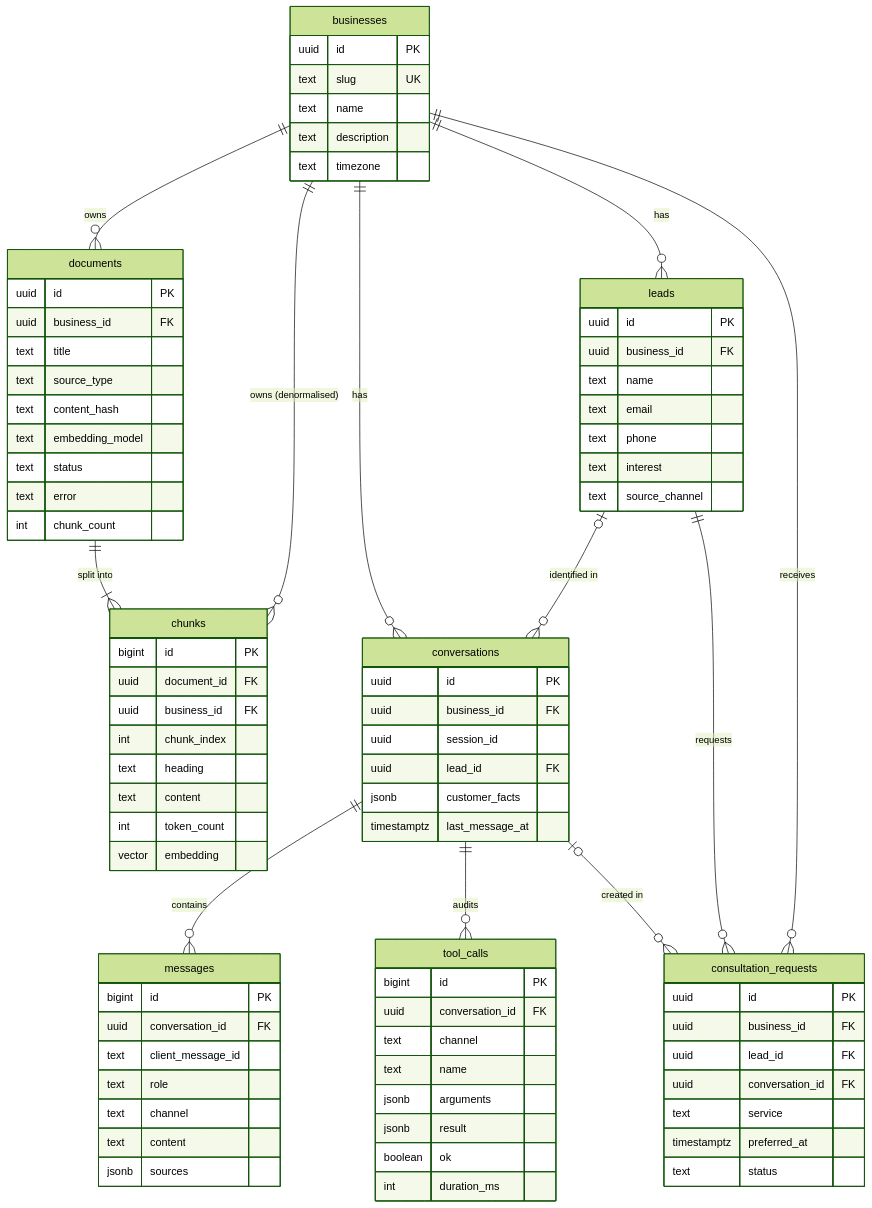
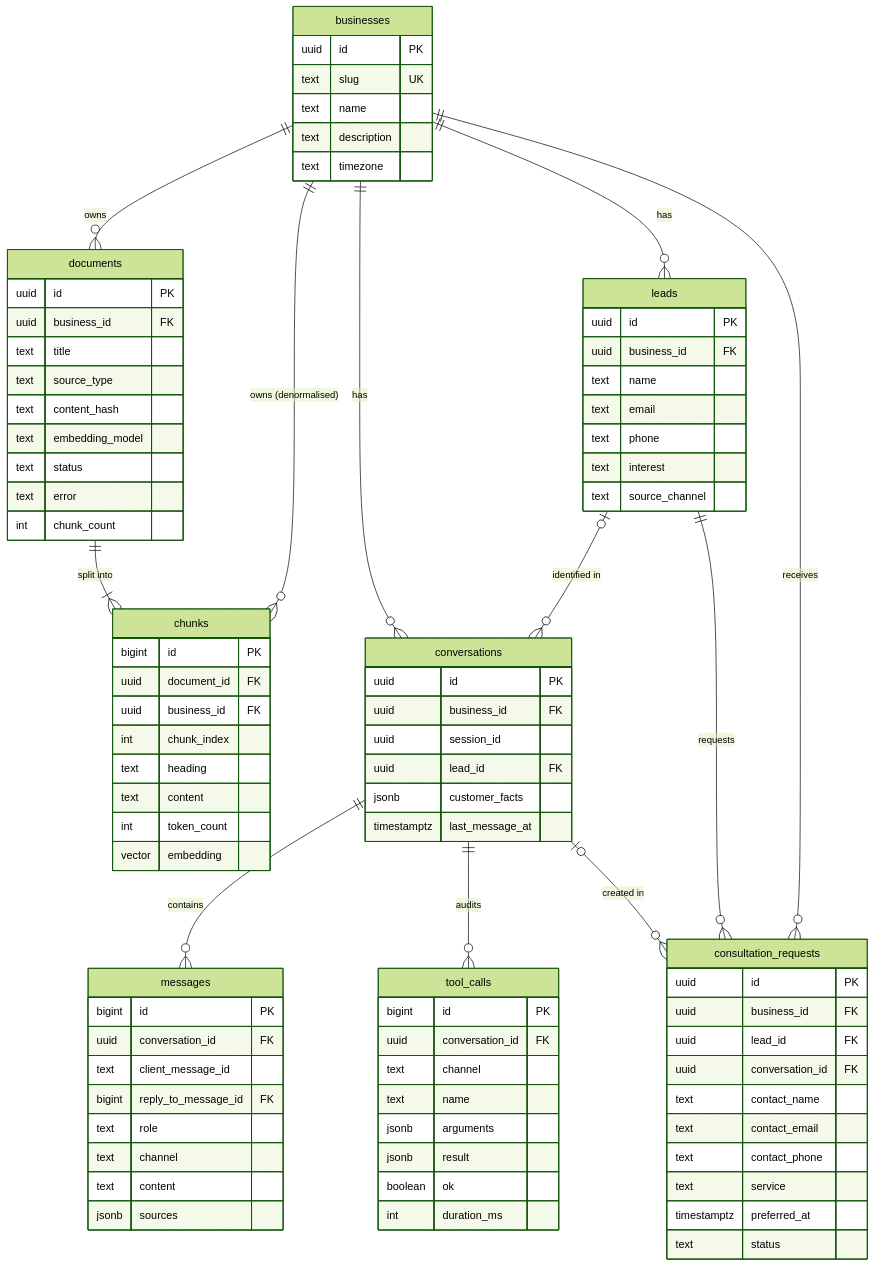
Before and after one commit to mohamedhamedd/ai-customer-assistant: the first of 3 diagrams in docs/database-design.md, drawn with Mermaid (forest theme). The commit also changed other lines of this file, not shown here.

```diff
--- a/docs/database-design.md
+++ b/docs/database-design.md
@@ -74,6 +74,7 @@
         bigint id PK
         uuid conversation_id FK
         text client_message_id
+        bigint reply_to_message_id FK
         text role
         text channel
         text content
@@ -103,6 +104,9 @@
         uuid business_id FK
         uuid lead_id FK
         uuid conversation_id FK
+        text contact_name
+        text contact_email
+        text contact_phone
         text service
         timestamptz preferred_at
         text status
```
